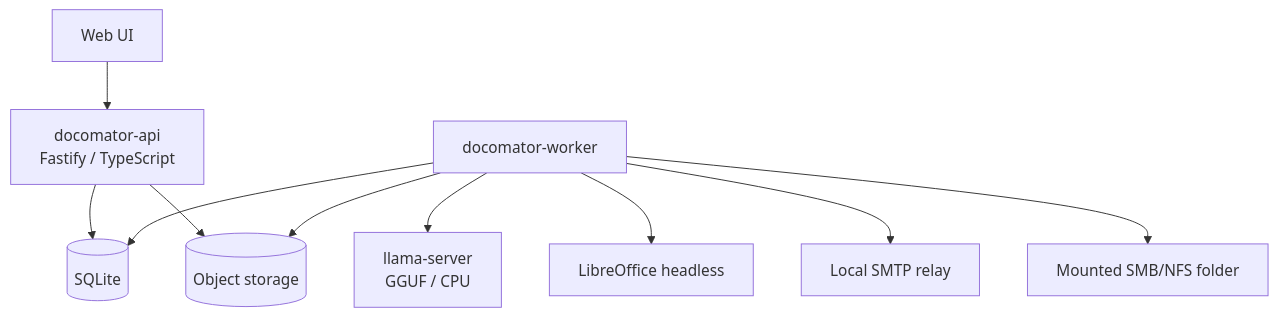
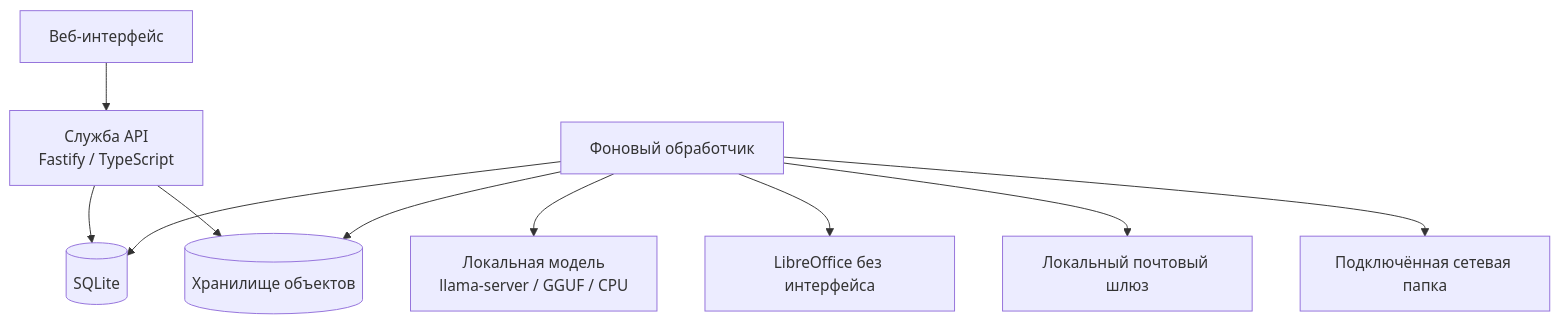
Before and after one commit to f2re/docomator: the diagram in README.md, drawn with Mermaid. The commit also changed other lines of this file, not shown here.

````diff
--- a/README.md
+++ b/README.md
@@ -75,12 +103,12 @@
 ```mermaid
 flowchart TB
-    UI[Web UI] --> API[docomator-api\nFastify / TypeScript]
+    UI[Веб-интерфейс] --> API[Служба API\nFastify / TypeScript]
     API --> DB[(SQLite)]
-    API --> OBJECTS[(Object storage)]
-    WORKER[docomator-worker] --> DB
+    API --> OBJECTS[(Хранилище объектов)]
+    WORKER[Фоновый обработчик] --> DB
     WORKER --> OBJECTS
-    WORKER --> LLM[llama-server\nGGUF / CPU]
-    WORKER --> LO[LibreOffice headless]
-    WORKER --> SMTP[Local SMTP relay]
-    WORKER --> SHARE[Mounted SMB/NFS folder]
+    WORKER --> LLM[Локальная модель\nllama-server / GGUF / CPU]
+    WORKER --> LO[LibreOffice без интерфейса]
+    WORKER --> SMTP[Локальный почтовый шлюз]
+    WORKER --> SHARE[Подключённая сетевая папка]
 ```
````
